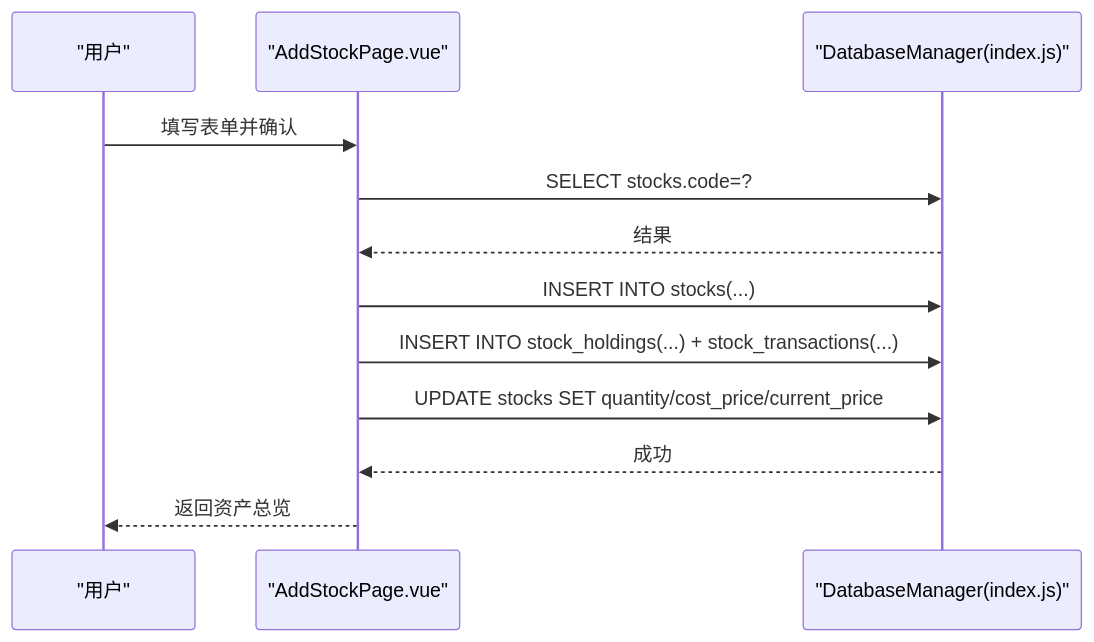
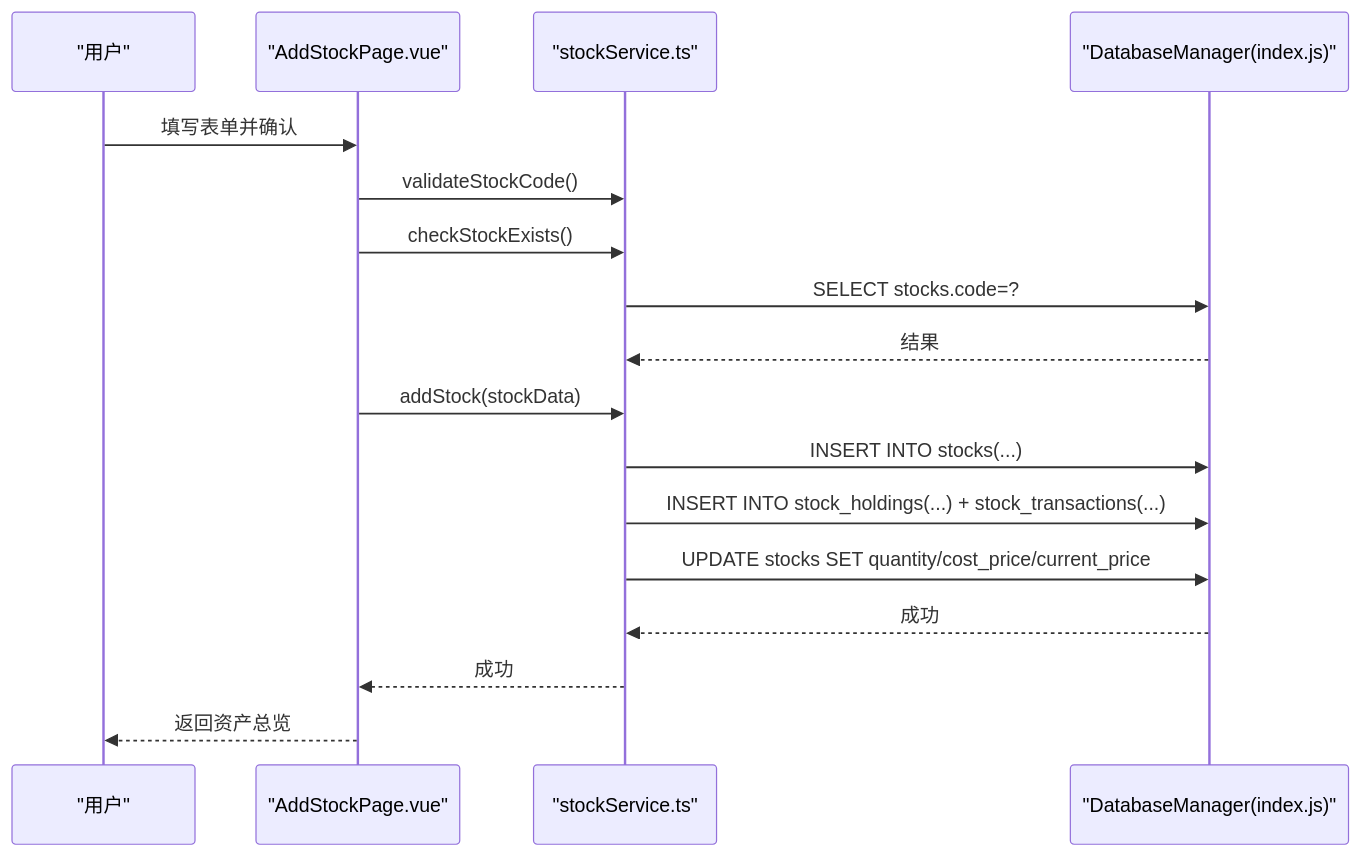
One commit to xiao-lin-unit/yuan changed the fifth of 10 diagrams in .qoder/repowiki/zh/content/资产管理/资产管理.md. Above: the diagram before and after it, drawn with Mermaid. The commit also changed other lines of this file and 21 other files, not shown here.

````diff
--- a/.qoder/repowiki/zh/content/资产管理/资产管理.md
+++ b/.qoder/repowiki/zh/content/资产管理/资产管理.md
@@ -182,14 +248,19 @@
 ```mermaid
 sequenceDiagram
 participant U as "用户"
 participant ASP as "AddStockPage.vue"
+participant SS as "stockService.ts"
 participant DB as "DatabaseManager(index.js)"
 U->>ASP : 填写表单并确认
-ASP->>DB : SELECT stocks.code=?
-DB-->>ASP : 结果
-ASP->>DB : INSERT INTO stocks(...)
-ASP->>DB : INSERT INTO stock_holdings(...) + stock_transactions(...)
-ASP->>DB : UPDATE stocks SET quantity/cost_price/current_price
-DB-->>ASP : 成功
+ASP->>SS : validateStockCode()
+ASP->>SS : checkStockExists()
+SS->>DB : SELECT stocks.code=?
+DB-->>SS : 结果
+ASP->>SS : addStock(stockData)
+SS->>DB : INSERT INTO stocks(...)
+SS->>DB : INSERT INTO stock_holdings(...) + stock_transactions(...)
+SS->>DB : UPDATE stocks SET quantity/cost_price/current_price
+DB-->>SS : 成功
+SS-->>ASP : 成功
 ASP-->>U : 返回资产总览
 ```
````
